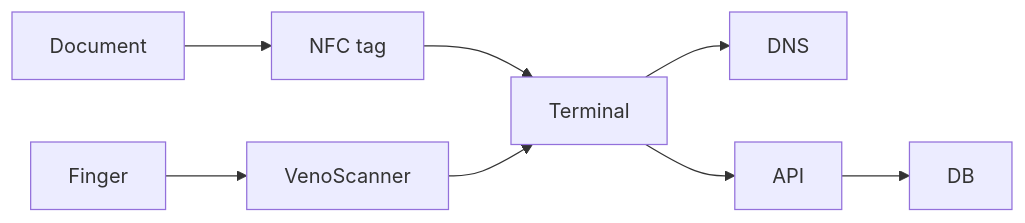
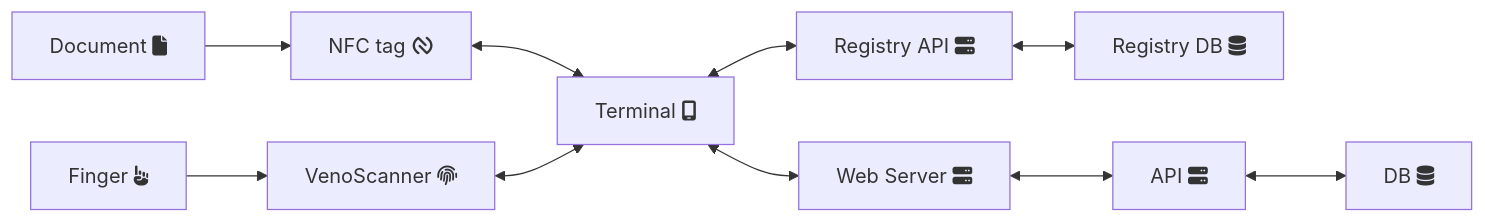
The second of 2 diagrams in diagrams/architecture.md (quinteirosm/veinoCertAPI), drawn with Mermaid before and after one commit. The commit also changed other lines of this file and 2 other files, not shown here.

Commit message:
updated diagrams and readme's

````diff
--- a/diagrams/architecture.md
+++ b/diagrams/architecture.md
@@ -26,14 +24,16 @@
 ```mermaid
 graph LR
 
-A[Document] --> B[NFC tag]
-C[Finger] --> D[VenoScanner]
+A[Document <i class="fa-solid fa-file"></i>] --> B[NFC tag <i class="fa-brands fa-nfc-symbol"></i>]
+C[Finger <i class="fa-solid fa-hand-point-up"></i>] --> D[VenoScanner <i class="fa-solid fa-fingerprint"></i>]
 
-B --> E[Terminal]
-D --> E
+B <--> E[Terminal <i class="fa-solid fa-mobile-screen"></i>]
+D <--> E
 
-E --> F[DNS]
+E <--> F[Registry API fa:fa-server]
+F <--> J[Registry DB fa:fa-database]
 
-E --> G[API]
-G --> H[DB]
+E <--> G[Web Server fa:fa-server]
+G <--> H[API fa:fa-server]
+H <--> I[DB fa:fa-database]
 ```
````
